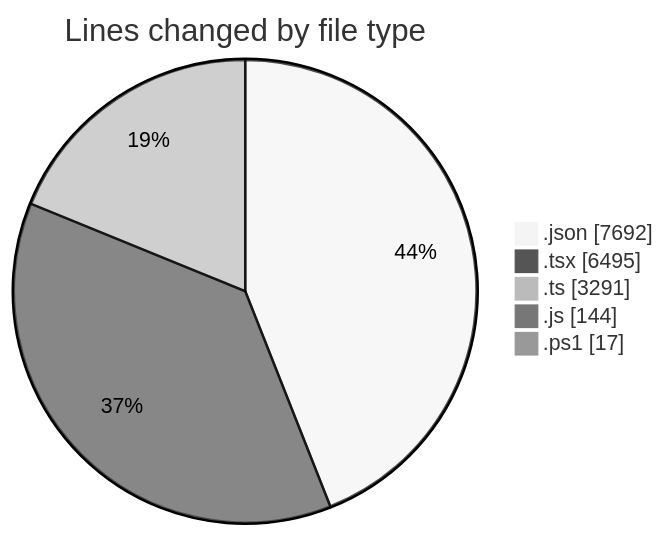
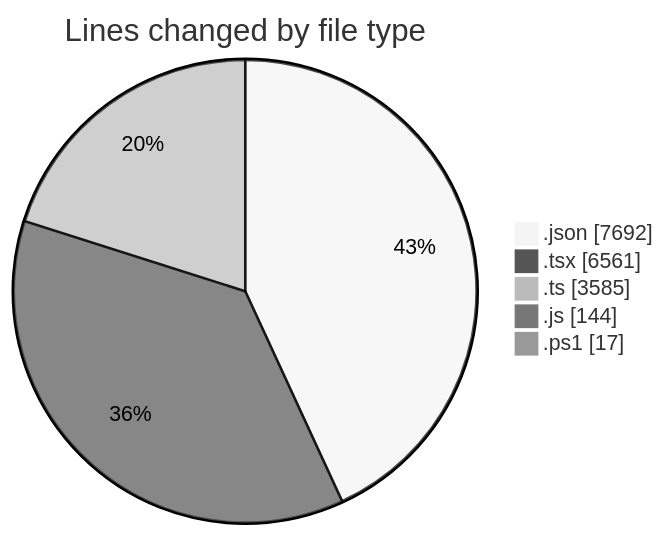
One commit to CELIANVF/code-tracking changed the first of 2 diagrams in 2025-06-10/ecodeli-1/README.md. Above: the diagram before and after it, drawn with Mermaid (neutral theme). The commit also changed other lines of this file and 1 other file, not shown here.

````diff
--- a/2025-06-10/ecodeli-1/README.md
+++ b/2025-06-10/ecodeli-1/README.md
@@ -50,9 +51,9 @@
 ```mermaid
 pie showData
 title Lines changed by file type
 ".json" : 7692
-".tsx" : 6495
-".ts" : 3291
+".tsx" : 6561
+".ts" : 3585
 ".js" : 144
 ".ps1" : 17
 ```
````
